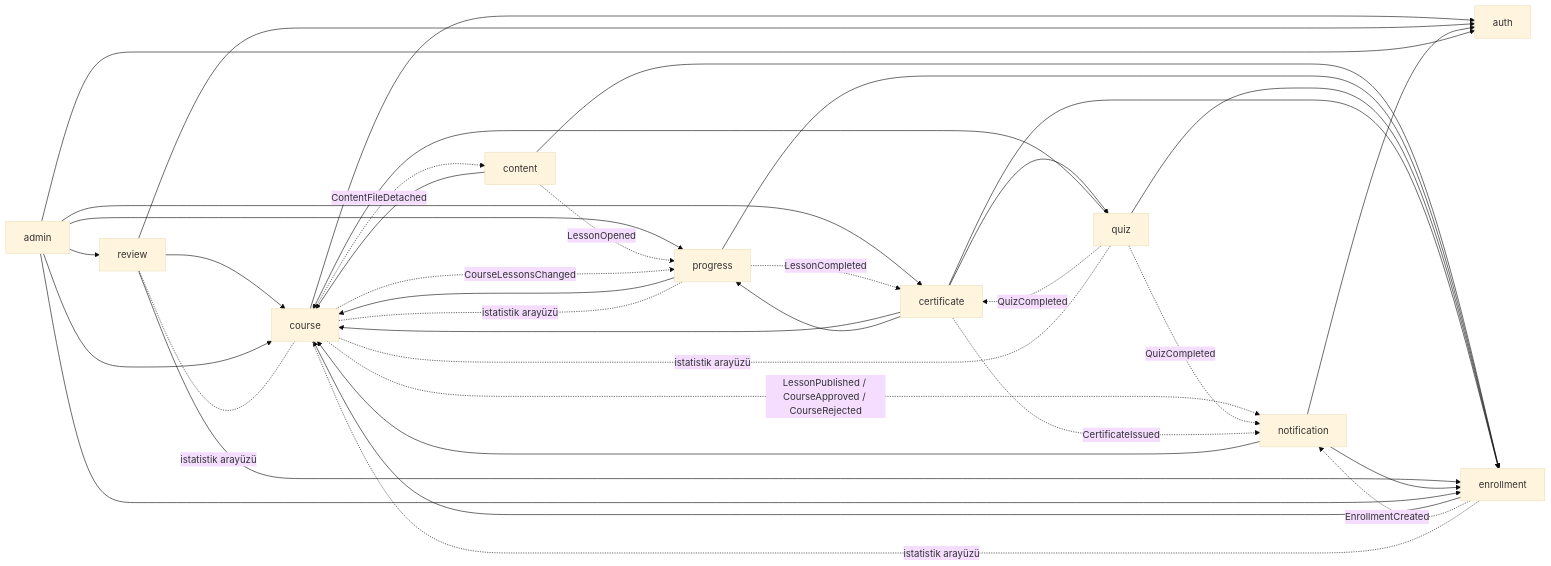
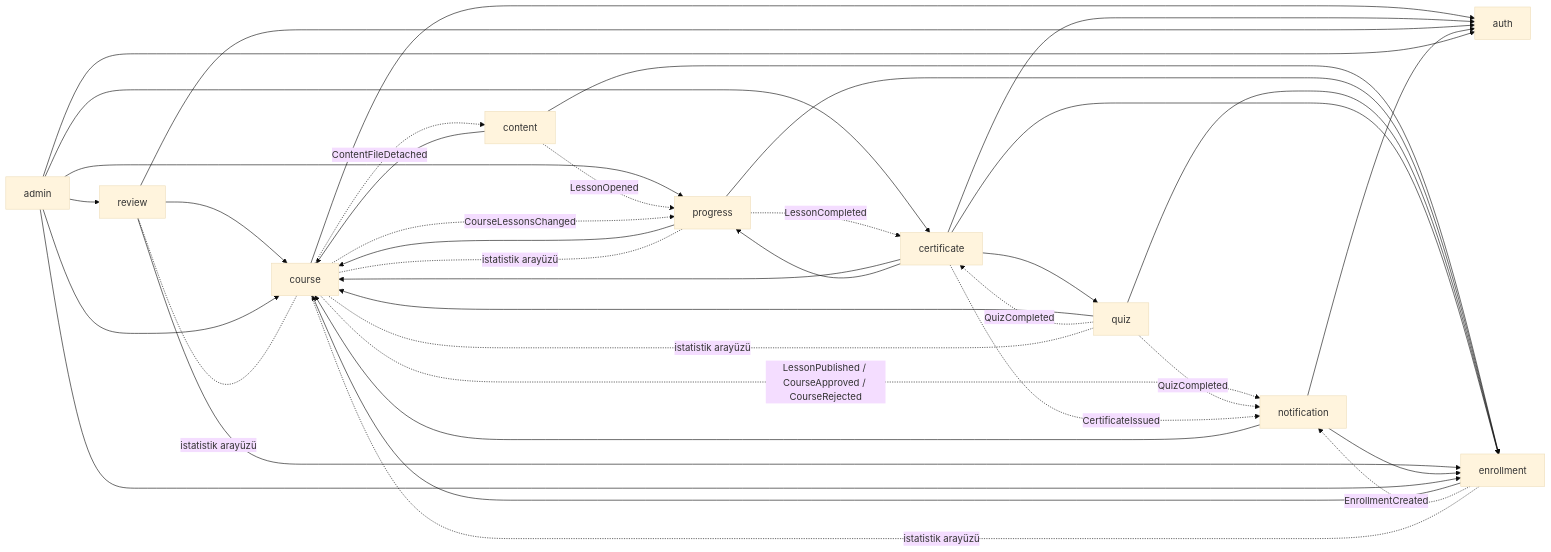
The second of 2 diagrams in docs/architecture.md (Bertanokt/mini-udemy), drawn with Mermaid (base theme) before and after one commit. The commit also changed other lines of this file and 14 other files, not shown here.

````diff
--- a/docs/architecture.md
+++ b/docs/architecture.md
@@ -245,43 +246,44 @@
 ```mermaid
 flowchart LR
   auth
   course --> auth
   enrollment --> course
   content --> course
   content --> enrollment
   progress --> course
   progress --> enrollment
   quiz --> course
   quiz --> enrollment
+  certificate --> auth
   certificate --> course
   certificate --> enrollment
   certificate --> progress
   certificate --> quiz
   review --> auth
   review --> course
   review --> enrollment
   notification --> auth
   notification --> course
   notification --> enrollment
   admin --> auth
   admin --> course
   admin --> enrollment
   admin --> progress
   admin --> certificate
   admin --> review
 
   enrollment -. EnrollmentCreated .-> notification
   course -. LessonPublished / CourseApproved / CourseRejected .-> notification
   content -. LessonOpened .-> progress
   course -. CourseLessonsChanged .-> progress
   course -. ContentFileDetached .-> content
   progress -. LessonCompleted .-> certificate
   quiz -. QuizCompleted .-> certificate
   quiz -. QuizCompleted .-> notification
   certificate -. CertificateIssued .-> notification
 
   enrollment -.-|istatistik arayüzü| course
   progress -.-|istatistik arayüzü| course
   quiz -.-|istatistik arayüzü| course
   review -.-|istatistik arayüzü| course
 ```
````
